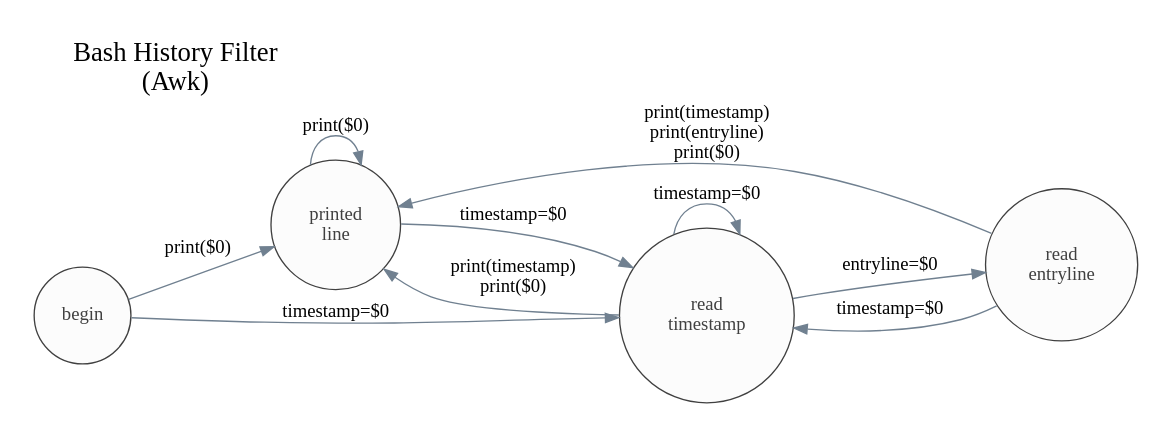
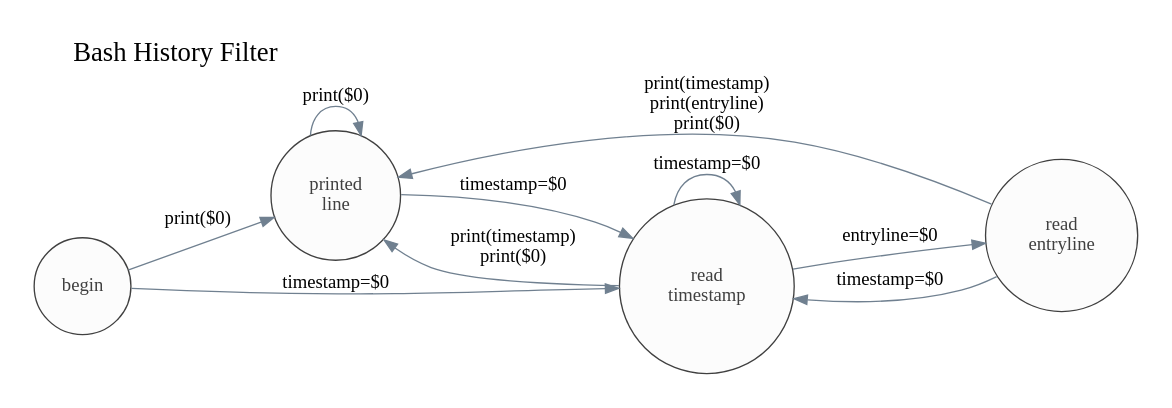
The diagram in shell/bash_history_filter_awk.gv (ivanbrennan/dotfiles), drawn with Graphviz before and after one commit. The commit also changed 2 other files, not shown here.

Commit message:
link to history filter script from README image

```diff
--- a/shell/bash_history_filter_awk.gv
+++ b/shell/bash_history_filter_awk.gv
@@ -1,24 +1,24 @@
 digraph {
-  graph [ label = "Bash History Filter\n(Awk)", labelloc = top, labeljust = left, fontsize = 20, pad = 0.25 ];
+  graph [ label = "Bash History Filter", labelloc = top, labeljust = left, fontsize = 20, pad = 0.25 ];
   rankdir  = LR;
   node [ shape = circle, fontcolor = grey25, color = grey25, style = filled, fillcolor = grey99 ];
   edge [ color = slategrey ];
 
   begin;
   printedline   [ label = "printed\nline" ];
   readtimestamp [ label = "read\ntimestamp" ];
   readentryline [ label = "read\nentryline" ];
 
   begin -> readtimestamp [ label = "timestamp=$0" ];
   begin -> printedline   [ label = "print($0)" ];
 
   printedline -> readtimestamp [ label = "timestamp=$0" ];
   printedline -> printedline   [ label = "print($0)" ];
 
   readtimestamp -> readtimestamp [ label = "timestamp=$0" ];
   readtimestamp -> printedline   [ label = "print(timestamp)\nprint($0)" ];
   readtimestamp -> readentryline [ label = "entryline=$0" ];
 
   readentryline -> printedline   [ label = "print(timestamp)\nprint(entryline)\nprint($0)" ];
   readentryline -> readtimestamp [ label = "timestamp=$0" ];
 }
```
